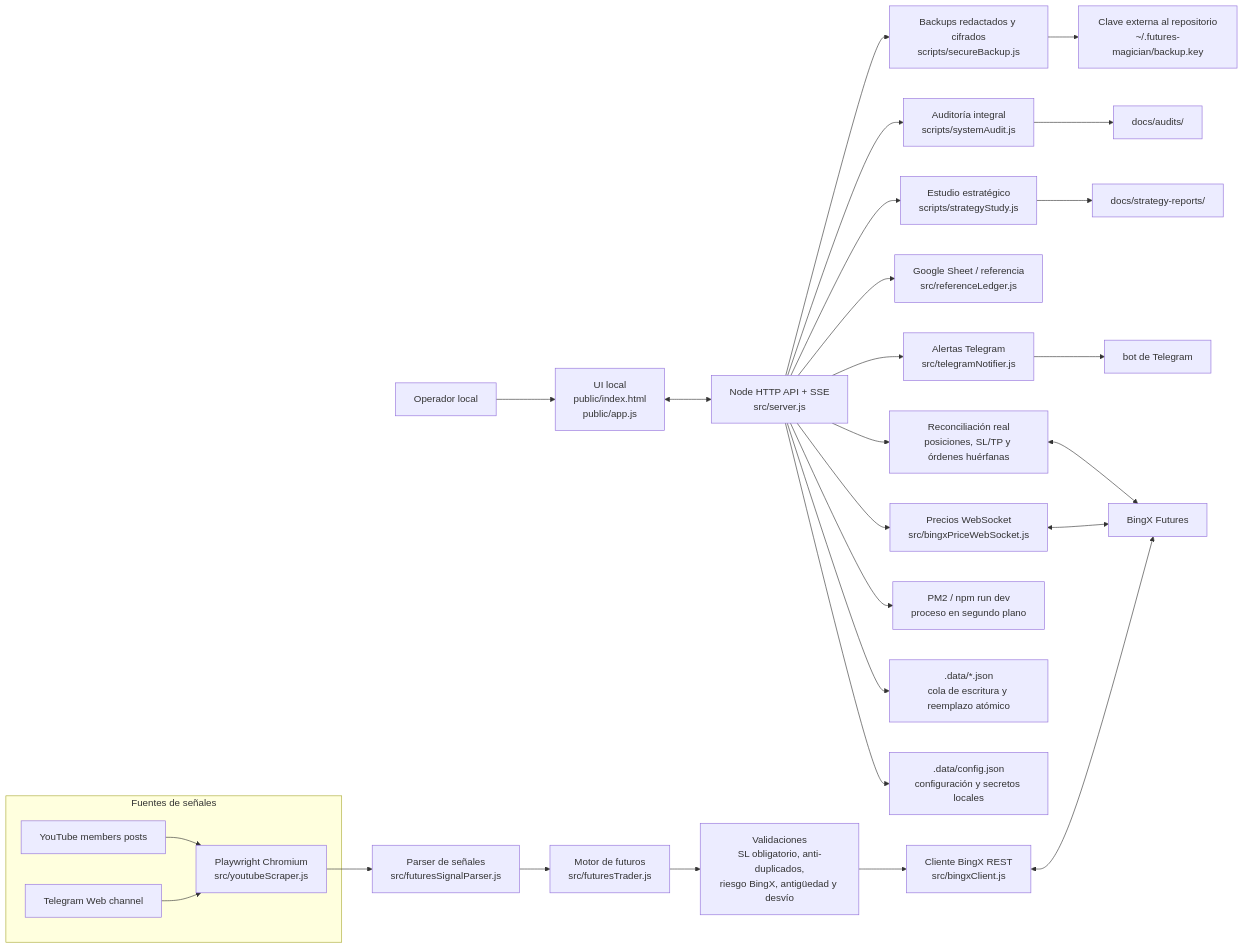
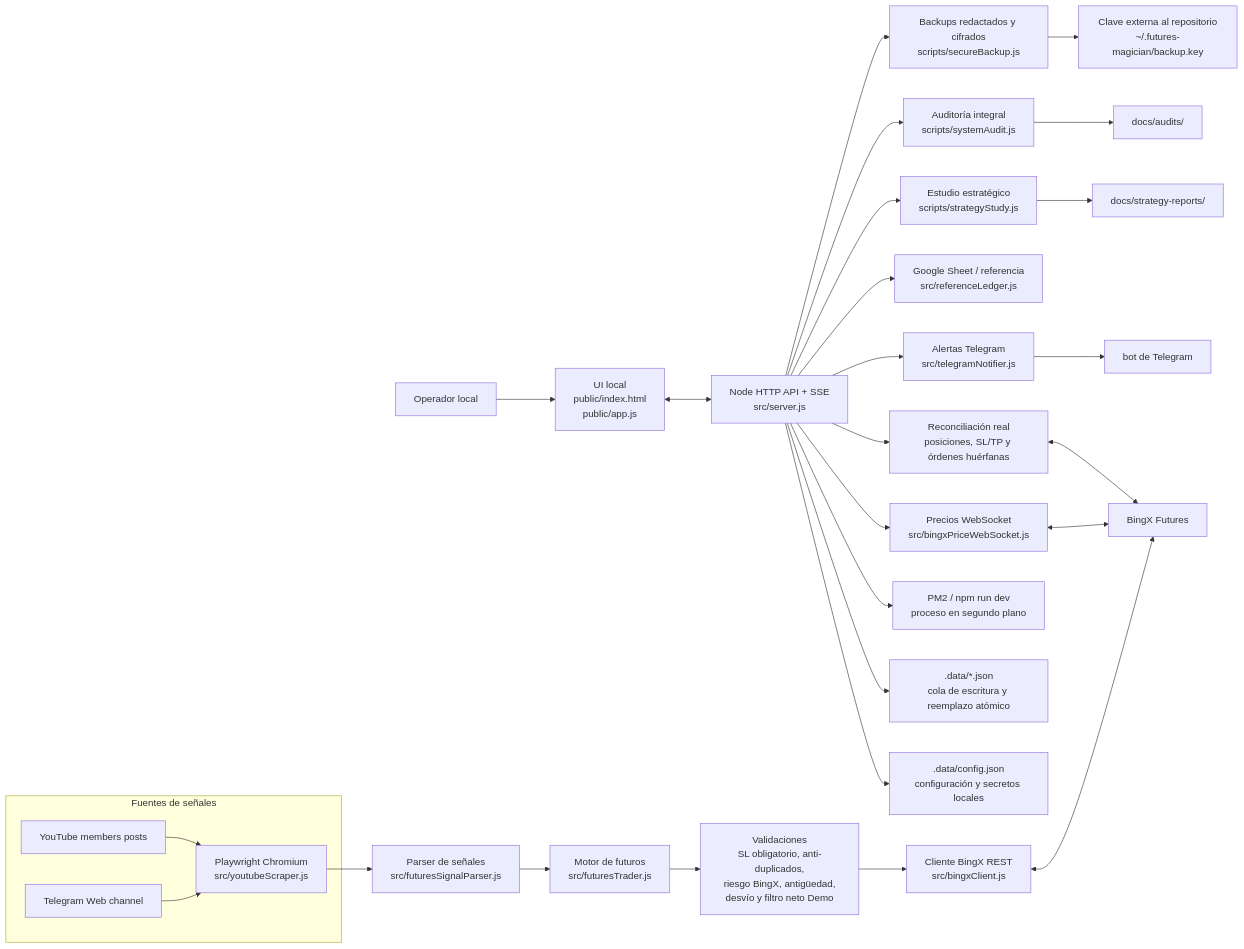
One commit to JotaTerrasa/yt-members-signal-trader changed the diagram in README.md. Above: the diagram before and after it, drawn with Mermaid. The commit also changed other lines of this file and 8 other files, not shown here.

````diff
--- a/README.md
+++ b/README.md
@@ -55,35 +57,35 @@
 ```mermaid
 flowchart LR
   operator["Operador local"] --> ui["UI local<br/>public/index.html<br/>public/app.js"]
   ui <--> api["Node HTTP API + SSE<br/>src/server.js"]
   api --> config[".data/config.json<br/>configuración y secretos locales"]
   api --> stores[".data/*.json<br/>cola de escritura y reemplazo atómico"]
   api --> pm2["PM2 / npm run dev<br/>proceso en segundo plano"]
 
   subgraph sources["Fuentes de señales"]
     youtube["YouTube members posts"] --> scraper["Playwright Chromium<br/>src/youtubeScraper.js"]
     telegramWeb["Telegram Web channel"] --> scraper
   end
 
   scraper --> parser["Parser de señales<br/>src/futuresSignalParser.js"]
   parser --> trader["Motor de futuros<br/>src/futuresTrader.js"]
-  trader --> risk["Validaciones<br/>SL obligatorio, anti-duplicados,<br/>riesgo BingX, antigüedad y desvío"]
+  trader --> risk["Validaciones<br/>SL obligatorio, anti-duplicados,<br/>riesgo BingX, antigüedad,<br/>desvío y filtro neto Demo"]
   risk --> bingxClient["Cliente BingX REST<br/>src/bingxClient.js"]
   bingxClient <--> bingx["BingX Futures"]
 
   api --> priceWs["Precios WebSocket<br/>src/bingxPriceWebSocket.js"]
   priceWs <--> bingx
   api --> reconcile["Reconciliación real<br/>posiciones, SL/TP y órdenes huérfanas"]
   reconcile <--> bingx
 
   api --> notifier["Alertas Telegram<br/>src/telegramNotifier.js"]
   notifier --> telegramBot["bot de Telegram"]
 
   api --> sheet["Google Sheet / referencia<br/>src/referenceLedger.js"]
   api --> study["Estudio estratégico<br/>scripts/strategyStudy.js"]
   study --> reports["docs/strategy-reports/"]
   api --> audit["Auditoría integral<br/>scripts/systemAudit.js"]
   audit --> auditReports["docs/audits/"]
   api --> backup["Backups redactados y cifrados<br/>scripts/secureBackup.js"]
   backup --> key["Clave externa al repositorio<br/>~/.futures-magician/backup.key"]
 ```
````
